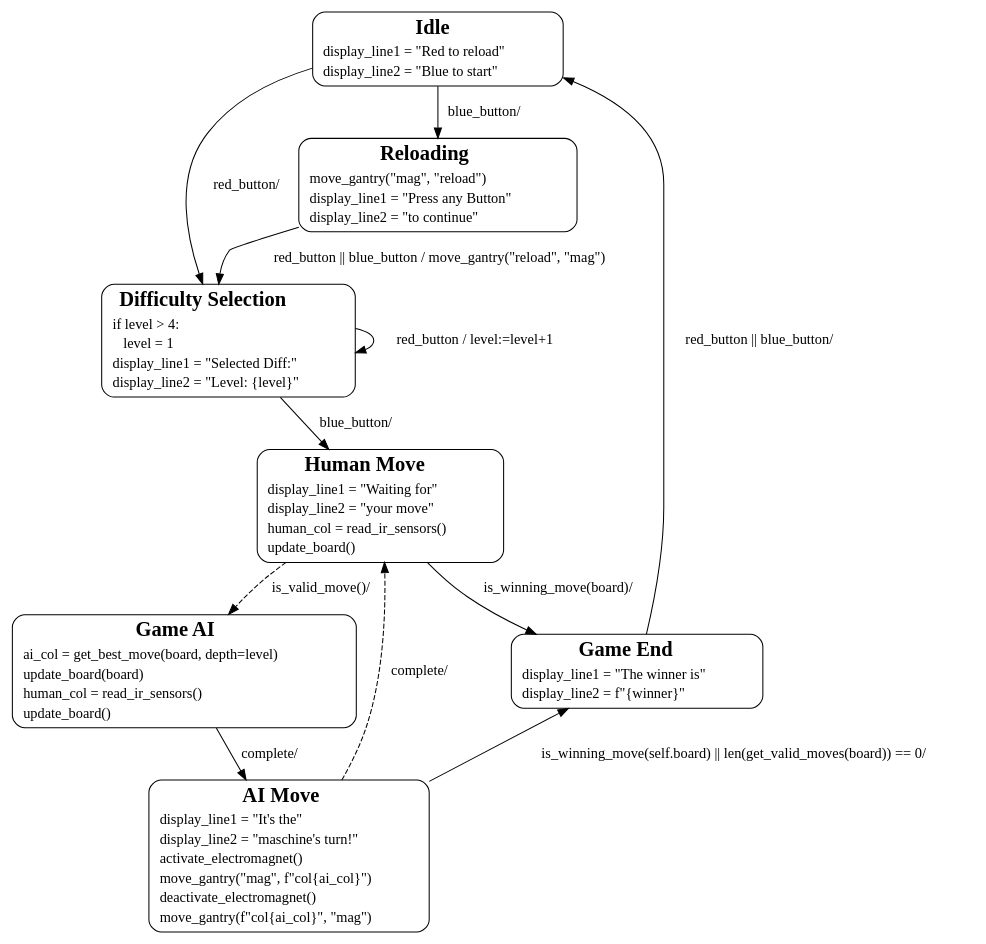
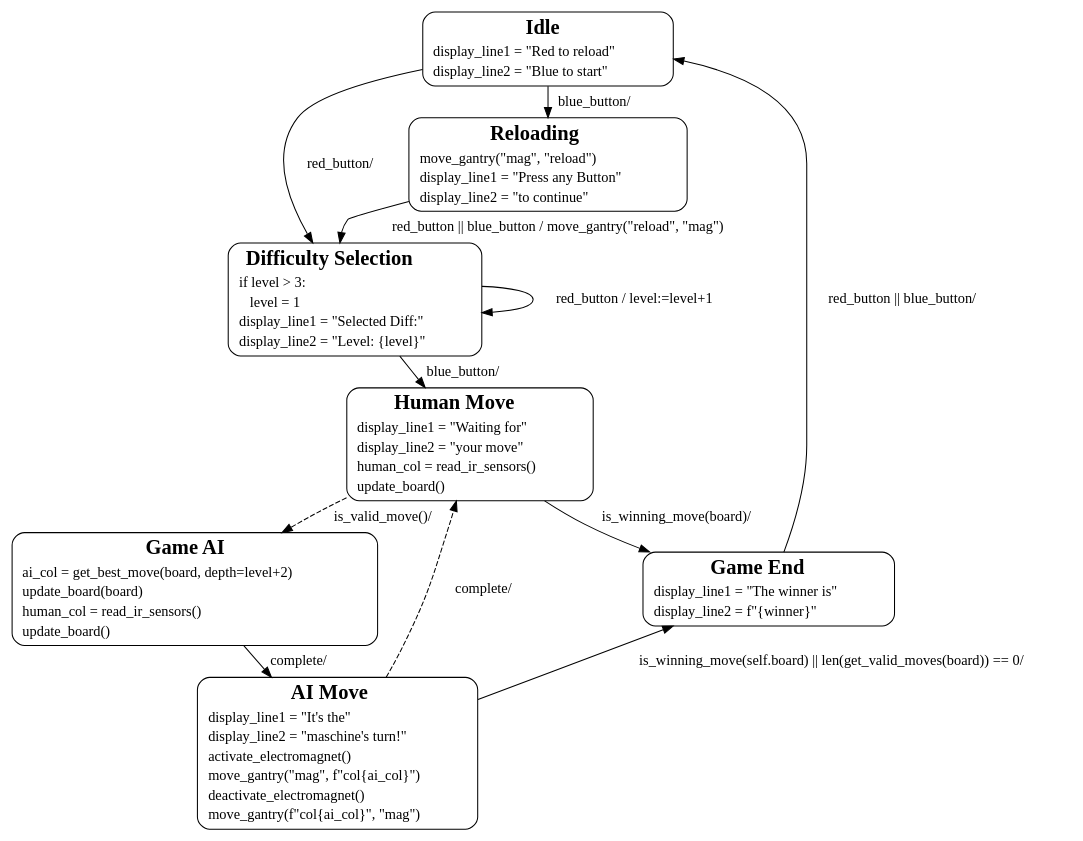
One commit to Loneli999/MagDrop4 changed the diagram in Diagrams/FSM_final.dot. Above: the diagram before and after it, drawn with Graphviz. The commit also changed 13 other files, not shown here.

```diff
--- a/Diagrams/FSM_final.dot
+++ b/Diagrams/FSM_final.dot
@@ -1,111 +1,113 @@
 digraph MagDropFSM {
-    node [shape=rectangle style=rounded];
+    node [shape=rectangle style=rounded width=2.5];
+    nodesep = 0.7;
+    ranksep=0.2;
 
     Idle [
         shape=rectangle
         style=rounded
         label=<
             <table border="0" cellborder="0" cellspacing="0">
                 <tr><td align="center"><font point-size="20"><b>Idle</b></font></td></tr>
                 <tr><td align="left">display_line1 = "Red to reload"</td></tr>
                 <tr><td align="left">display_line2 = "Blue to start"</td></tr>
             </table>
         >
     ];
     Reloading [
         shape=rectangle
         style=rounded
         label=<
             <table border="0" cellborder="0" cellspacing="0">
                 <tr><td align="center"><font point-size="20"><b>Reloading</b></font></td></tr>
                 <tr><td align="left">move_gantry("mag", "reload")</td></tr>
                 <tr><td align="left">display_line1 = "Press any Button"</td></tr>
                 <tr><td align="left">display_line2 = "to continue"</td></tr>
             </table>
         >
     ];
     DifficultySelection [
         shape=rectangle
         style=rounded
         label=<
             <table border="0" cellborder="0" cellspacing="0">
                 <tr><td align="center"><font point-size="20"><b>Difficulty Selection</b></font></td></tr>
-                <tr><td align="left">if level &gt; 4:</td></tr>
+                <tr><td align="left">if level &gt; 3:</td></tr>
                 <tr><td align="left">    level = 1</td></tr>
                 <tr><td align="left">display_line1 = "Selected Diff:"</td></tr>
                 <tr><td align="left">display_line2 = "Level: {level}"</td></tr>
             </table>
         >
     ];
     HumanMove [
         shape=rectangle
         style=rounded
         label=<
             <table border="0" cellborder="0" cellspacing="0">
                 <tr><td align="center"><font point-size="20"><b>Human Move</b></font></td></tr>
                 <tr><td align="left">display_line1 = "Waiting for"</td></tr>
                 <tr><td align="left">display_line2 = "your move"</td></tr>
                 <tr><td align="left">human_col = read_ir_sensors()</td></tr>
                 <tr><td align="left">update_board()</td></tr>
             </table>
         >
     ];
     GameAI [
         shape=rectangle
         style=rounded
         label=<
             <table border="0" cellborder="0" cellspacing="0">
                 <tr><td align="center"><font point-size="20"><b>Game AI</b></font></td></tr>
-                <tr><td align="left">ai_col = get_best_move(board, depth=level)</td></tr>
+                <tr><td align="left">ai_col = get_best_move(board, depth=level+2)</td></tr>
                 <tr><td align="left">update_board(board)</td></tr>
                 <tr><td align="left">human_col = read_ir_sensors()</td></tr>
                 <tr><td align="left">update_board()</td></tr>
             </table>
         >
     ];
     AIMove [
         shape=rectangle
         style=rounded
         label=<
             <table border="0" cellborder="0" cellspacing="0">
                 <tr><td align="center"><font point-size="20"><b>AI Move</b></font></td></tr>
                 <tr><td align="left">display_line1 = "It's the"</td></tr>
                 <tr><td align="left">display_line2 = "maschine's turn!"</td></tr>
                 <tr><td align="left">activate_electromagnet()</td></tr>
                 <tr><td align="left">move_gantry("mag", f"col{ai_col}")</td></tr>
                 <tr><td align="left">deactivate_electromagnet()</td></tr>
                 <tr><td align="left">move_gantry(f"col{ai_col}", "mag")</td></tr>
             </table>
        >
     ];
     GameEnd [
         shape=rectangle
         style=rounded
         label=<
             <table border="0" cellborder="0" cellspacing="0">
                 <tr><td align="center"><font point-size="20"><b>Game End</b></font></td></tr>
                 <tr><td align="left">display_line1 = "The winner is"</td></tr>
                 <tr><td align="left">display_line2 = f"{winner}"</td></tr>
             </table>
        >
     ];
 
     # Transitions
     Idle -> DifficultySelection [label="red_button/"];
     Idle -> Reloading [label="blue_button/"];
     
     Reloading -> DifficultySelection [label="red_button || blue_button / move_gantry(\"reload\", \"mag\")"];
     
     DifficultySelection -> HumanMove [label="blue_button/"];
     DifficultySelection -> DifficultySelection [label="red_button / level:=level+1"];
 
     HumanMove -> GameAI [label="is_valid_move()/"; style=dashed];
     HumanMove -> GameEnd [label="is_winning_move(board)/"];
 
     GameAI -> AIMove [label="complete/"];
 
     AIMove -> HumanMove [label="complete/"; style=dashed];
     AIMove -> GameEnd [label="is_winning_move(self.board) || len(get_valid_moves(board)) == 0/"; constraint=false]; 
 
     GameEnd -> Idle [label="red_button || blue_button/"];
 }
```
